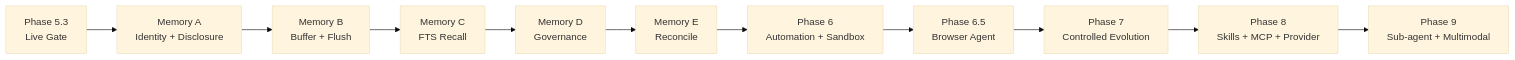
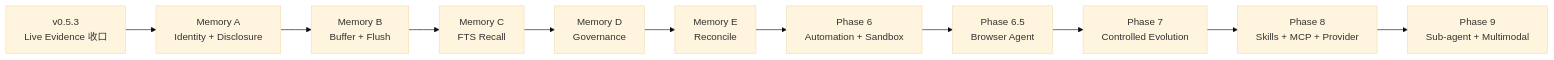
The second of 2 diagrams in README.md (NEDONION/lobster0), drawn with Mermaid (base theme) before and after one commit. The commit also changed other lines of this file and 32 other files, not shown here.

Commit message:
docs(roadmap): 统一 Phase 交付时间线与当前证据

````diff
--- a/README.md
+++ b/README.md
@@ -225,13 +227,13 @@
 ```mermaid
 flowchart LR
-    P53["Phase 5.3\nLive Gate"] --> MA["Memory A\nIdentity + Disclosure"]
+    P53["v0.5.3\nLive Evidence 收口"] --> MA["Memory A\nIdentity + Disclosure"]
     MA --> MB["Memory B\nBuffer + Flush"]
     MB --> MC["Memory C\nFTS Recall"]
     MC --> MD["Memory D\nGovernance"]
     MD --> ME["Memory E\nReconcile"]
     ME --> P6["Phase 6\nAutomation + Sandbox"]
     P6 --> P65["Phase 6.5\nBrowser Agent"]
     P65 --> P7["Phase 7\nControlled Evolution"]
     P7 --> P8["Phase 8\nSkills + MCP + Provider"]
     P8 --> P9["Phase 9\nSub-agent + Multimodal"]
 ```
````
